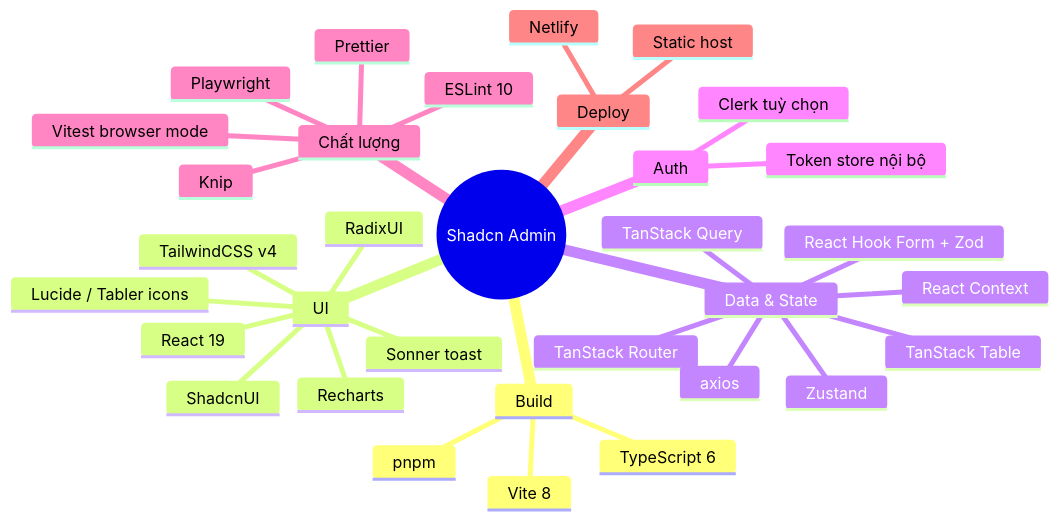
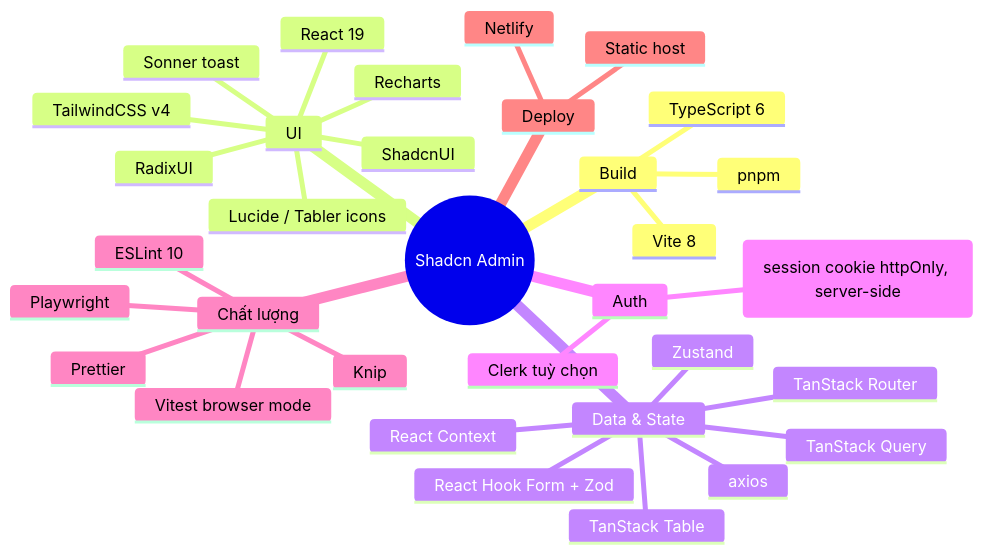
The diagram in docs/overview.md (vanbienperu3107/shadcnAdminCustom), drawn with Mermaid before and after one commit. The commit also changed other lines of this file and 4 other files, not shown here.

First line of the commit message:
docs: reflect Google-OAuth-only auth + reduced auth-store

````diff
--- a/docs/overview.md
+++ b/docs/overview.md
@@ -30,36 +33,36 @@
 ```mermaid
 mindmap
   root((Shadcn Admin))
     Build
       Vite 8
       TypeScript 6
       pnpm
     UI
       React 19
       ShadcnUI
       TailwindCSS v4
       RadixUI
       Lucide / Tabler icons
       Recharts
       Sonner toast
     Data & State
       TanStack Router
       TanStack Query
       TanStack Table
       Zustand
       React Context
       React Hook Form + Zod
       axios
     Auth
+      Google OAuth (session cookie httpOnly, server-side)
       Clerk tuỳ chọn
-      Token store nội bộ
     Chất lượng
       ESLint 10
       Prettier
       Knip
       Vitest browser mode
       Playwright
     Deploy
       Netlify
       Static host
 ```
````
